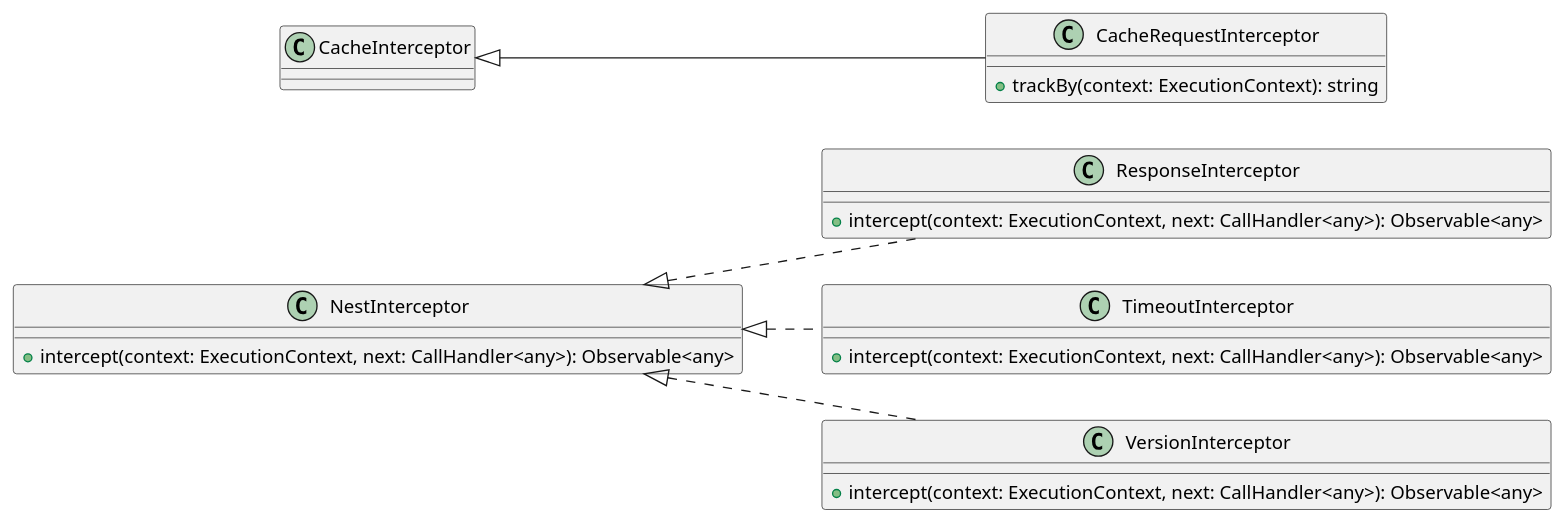
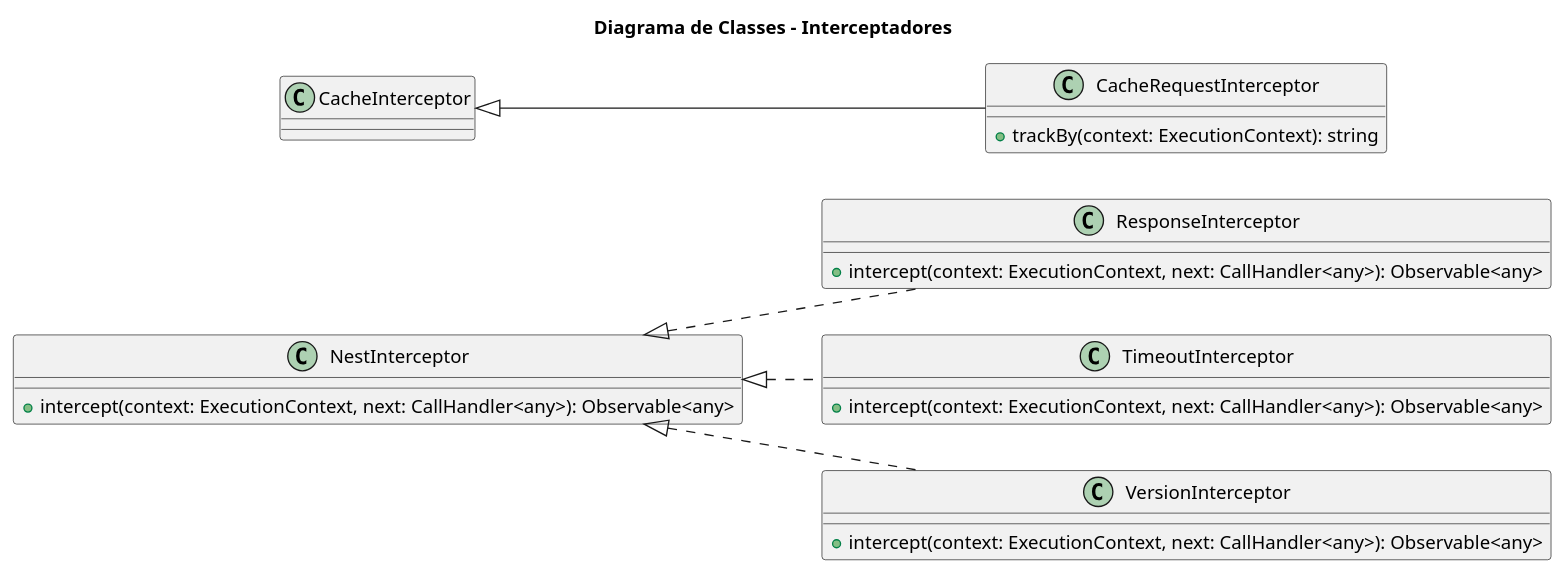
Before and after one commit to MurylloEx/Seja-UPE-Docs: the diagram in src/C1. Visão Geral/C2. Sistema/C3. Endpoints RESTful (Server)/C4. Visão Lógica/[PUML] Classes - Interceptors.puml, drawn with PlantUML. The commit also changed 14 other files, not shown here.

```diff
--- a/src/C1. Visão Geral/C2. Sistema/C3. Endpoints RESTful (Server)/C4. Visão Lógica/[PUML] Classes - Interceptors.puml
+++ b/src/C1. Visão Geral/C2. Sistema/C3. Endpoints RESTful (Server)/C4. Visão Lógica/[PUML] Classes - Interceptors.puml
@@ -1,25 +1,27 @@
 @startuml "Class Diagram"
+
+title "Diagrama de Classes - Interceptadores"
 
 left to right direction
 
 class NestInterceptor {
   +intercept(context: ExecutionContext, next: CallHandler<any>): Observable<any>
 }
 
 class CacheRequestInterceptor extends CacheInterceptor {
   +trackBy(context: ExecutionContext): string
 }
 
 class ResponseInterceptor implements NestInterceptor {
   +intercept(context: ExecutionContext, next: CallHandler<any>): Observable<any>
 }
 
 class TimeoutInterceptor implements NestInterceptor {
   +intercept(context: ExecutionContext, next: CallHandler<any>): Observable<any>
 }
 
 class VersionInterceptor implements NestInterceptor {
   +intercept(context: ExecutionContext, next: CallHandler<any>): Observable<any>
 }
 
 @enduml
```
